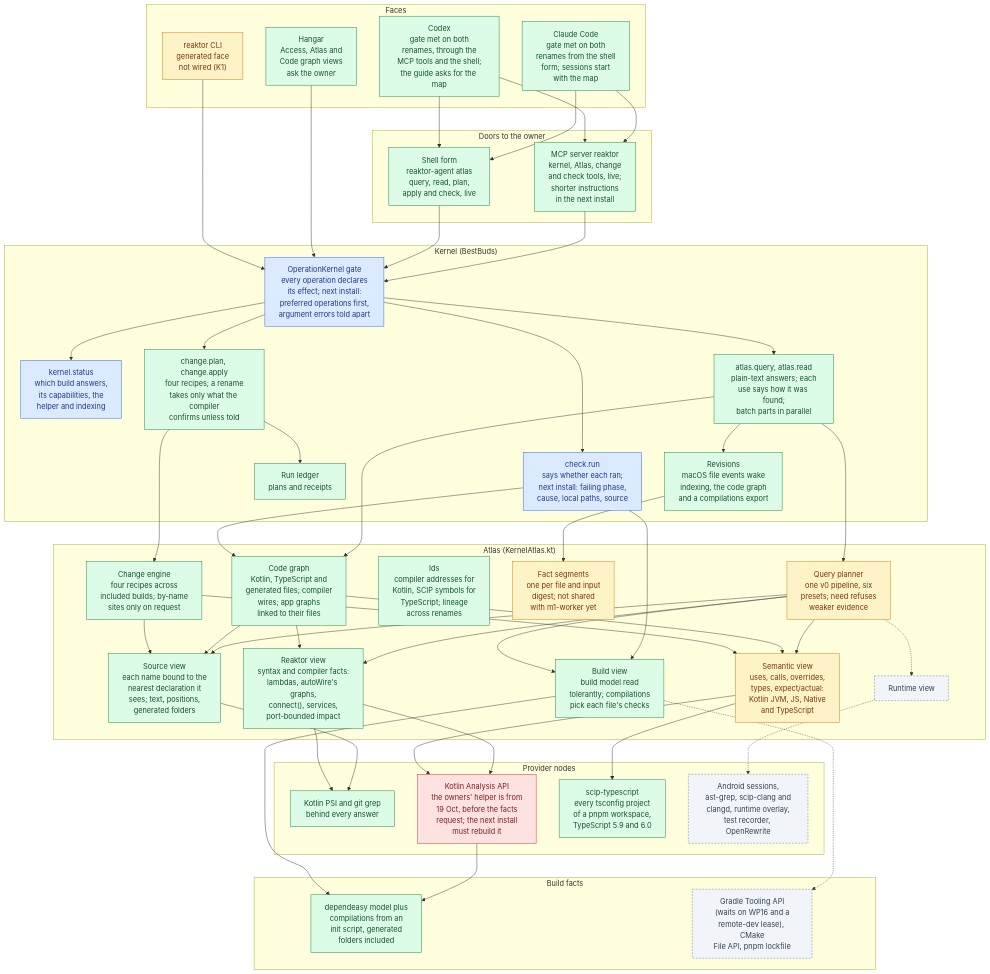
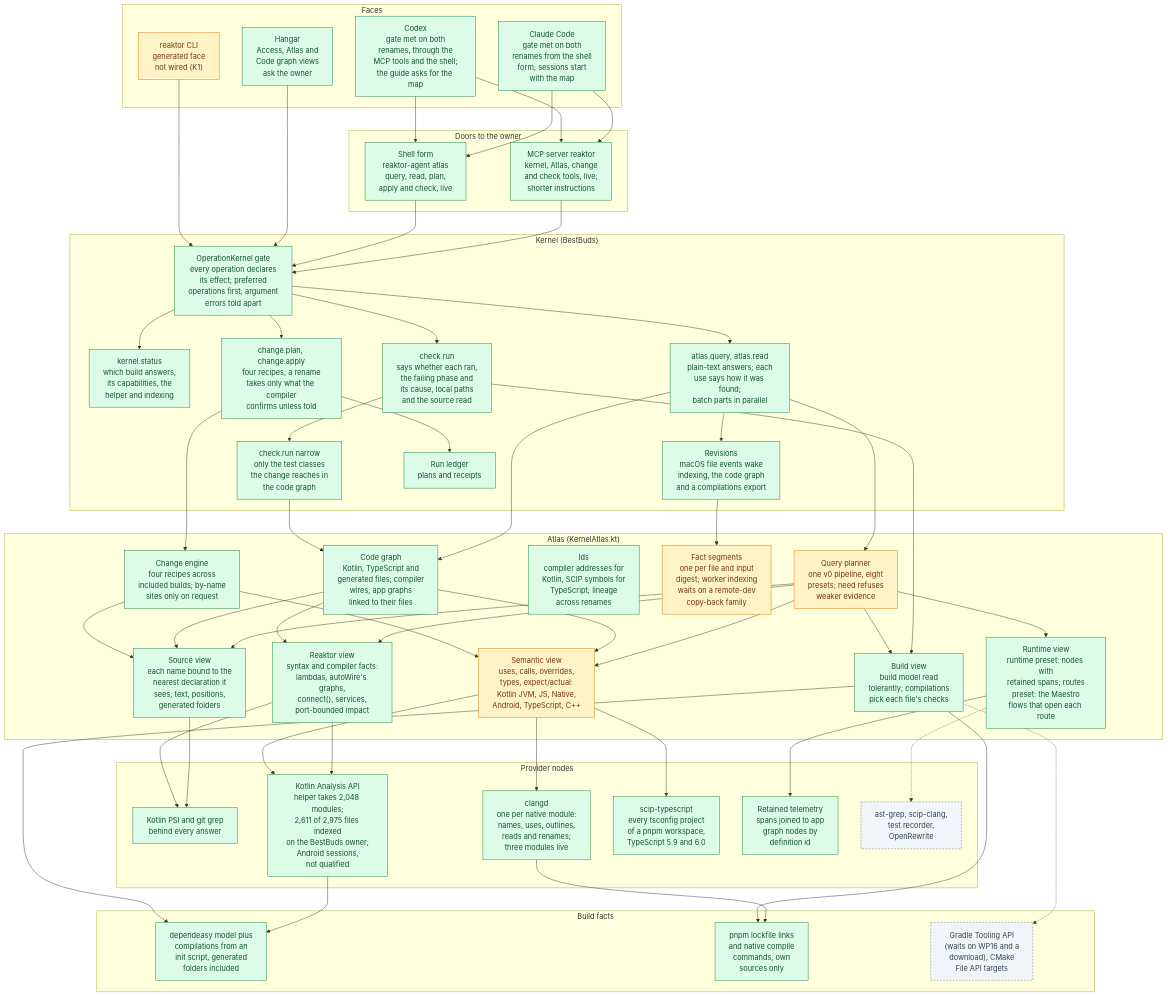
Before and after one commit to shibasis0801/reaktor: the first of 5 diagrams in plans/atlas-hld.md, drawn with Mermaid. The commit also changed other lines of this file, not shown here.

First line of the commit message:
Record the rest of the Atlas plan, its 12:59 install and the design review

````diff
--- a/plans/atlas-hld.md
+++ b/plans/atlas-hld.md
@@ -27,39 +27,43 @@
         cli["reaktor CLI<br/>generated face<br/>not wired (K1)"]
     end
     subgraph doors["Doors to the owner"]
-        mcp["MCP server reaktor<br/>kernel, Atlas, change<br/>and check tools, live;<br/>shorter instructions<br/>in the next install"]
+        mcp["MCP server reaktor<br/>kernel, Atlas, change<br/>and check tools, live;<br/>shorter instructions"]
         shell["Shell form<br/>reaktor-agent atlas<br/>query, read, plan,<br/>apply and check, live"]
     end
     subgraph kernelBox["Kernel (BestBuds)"]
-        gate["OperationKernel gate<br/>every operation declares<br/>its effect; next install:<br/>preferred operations first,<br/>argument errors told apart"]
+        gate["OperationKernel gate<br/>every operation declares<br/>its effect; preferred<br/>operations first; argument<br/>errors told apart"]
         status["kernel.status<br/>which build answers,<br/>its capabilities, the<br/>helper and indexing"]
         atlasOps["atlas.query, atlas.read<br/>plain-text answers; each<br/>use says how it was found;<br/>batch parts in parallel"]
         changeOps["change.plan, change.apply<br/>four recipes; a rename<br/>takes only what the compiler<br/>confirms unless told"]
-        checkRun["check.run<br/>says whether each ran;<br/>next install: failing phase,<br/>cause, local paths, source"]
+        checkRun["check.run<br/>says whether each ran,<br/>the failing phase and<br/>its cause, local paths<br/>and the source read"]
         ledger["Run ledger<br/>plans and receipts"]
         revisions["Revisions<br/>macOS file events wake<br/>indexing, the code graph<br/>and a compilations export"]
+        selection["check.run narrow<br/>only the test classes<br/>the change reaches in<br/>the code graph"]
     end
     subgraph atlasBox["Atlas (KernelAtlas.kt)"]
-        planner["Query planner<br/>one v0 pipeline, six<br/>presets; need refuses<br/>weaker evidence"]
+        planner["Query planner<br/>one v0 pipeline, eight<br/>presets; need refuses<br/>weaker evidence"]
         engine["Change engine<br/>four recipes across<br/>included builds; by-name<br/>sites only on request"]
         identity["Ids<br/>compiler addresses for<br/>Kotlin, SCIP symbols for<br/>TypeScript; lineage<br/>across renames"]
-        segments["Fact segments<br/>one per file and input<br/>digest; not shared<br/>with m1-worker yet"]
+        segments["Fact segments<br/>one per file and input<br/>digest; worker indexing<br/>waits on a remote-dev<br/>copy-back family"]
         sourceView["Source view<br/>each name bound to the<br/>nearest declaration it<br/>sees; text, positions,<br/>generated folders"]
-        semanticView["Semantic view<br/>uses, calls, overrides,<br/>types, expect/actual:<br/>Kotlin JVM, JS, Native<br/>and TypeScript"]
+        semanticView["Semantic view<br/>uses, calls, overrides,<br/>types, expect/actual:<br/>Kotlin JVM, JS, Native,<br/>Android, TypeScript, C++"]
         buildView["Build view<br/>build model read<br/>tolerantly; compilations<br/>pick each file's checks"]
         codeView["Code graph<br/>Kotlin, TypeScript and<br/>generated files; compiler<br/>wires; app graphs<br/>linked to their files"]
         reaktorView["Reaktor view<br/>syntax and compiler facts:<br/>lambdas, autoWire's graphs,<br/>connect(), services,<br/>port-bounded impact"]
-        laterViews["Runtime view"]
+        runtimeView["Runtime view<br/>runtime preset: nodes with<br/>retained spans; routes<br/>preset: the Maestro<br/>flows that open each route"]
     end
     subgraph providers["Provider nodes"]
         psi["Kotlin PSI and git grep<br/>behind every answer"]
-        kaa["Kotlin Analysis API<br/>the owners' helper is from<br/>19 Oct, before the facts<br/>request; the next install<br/>must rebuild it"]
+        kaa["Kotlin Analysis API<br/>helper takes 2,048 modules;<br/>2,611 of 2,975 files indexed<br/>on the BestBuds owner;<br/>Android sessions,<br/>not qualified"]
         ts["scip-typescript<br/>every tsconfig project<br/>of a pnpm workspace,<br/>TypeScript 5.9 and 6.0"]
-        laterProviders["Android sessions,<br/>ast-grep, scip-clang and<br/>clangd, runtime overlay,<br/>test recorder, OpenRewrite"]
+        clangd["clangd<br/>one per native module:<br/>names, uses, outlines,<br/>reads and renames;<br/>three modules live"]
+        telemetry["Retained telemetry<br/>spans joined to app<br/>graph nodes by<br/>definition id"]
+        laterProviders["ast-grep, scip-clang,<br/>test recorder,<br/>OpenRewrite"]
     end
     subgraph buildFacts["Build facts"]
         dep["dependeasy model plus<br/>compilations from an<br/>init script, generated<br/>folders included"]
-        laterBuild["Gradle Tooling API<br/>(waits on WP16 and a<br/>remote-dev lease), CMake<br/>File API, pnpm lockfile"]
+        pnpm["pnpm lockfile links<br/>and native compile<br/>commands, own<br/>sources only"]
+        laterBuild["Gradle Tooling API<br/>(waits on WP16 and a<br/>download), CMake<br/>File API targets"]
     end
     claude --> mcp
     claude --> shell
@@ -79,7 +83,8 @@
     atlasOps --> codeView
     changeOps --> engine
     checkRun --> buildView
-    checkRun --> codeView
+    checkRun --> selection
+    selection --> codeView
     revisions --> segments
     ledger ~~~ engine
     ledger ~~~ identity
@@ -88,7 +93,7 @@
     planner --> semanticView
     planner --> buildView
     planner --> reaktorView
-    planner -.-> laterViews
+    planner --> runtimeView
     codeView --> sourceView
     codeView --> semanticView
     codeView --> reaktorView
@@ -99,9 +104,13 @@
     reaktorView --> kaa
     semanticView --> kaa
     semanticView --> ts
+    semanticView --> clangd
     kaa --> dep
-    laterViews -.-> laterProviders
+    clangd --> pnpm
+    runtimeView --> telemetry
+    runtimeView -.-> laterProviders
     buildView --> dep
+    buildView --> pnpm
     buildView -.-> laterBuild
     psi ~~~ dep
     ts ~~~ laterBuild
@@ -110,9 +119,7 @@
     classDef partial fill:#FEF3C7,stroke:#D97706,color:#78350F
     classDef problem fill:#FEE2E2,stroke:#DC2626,color:#7F1D1D
     classDef later fill:#F1F5F9,stroke:#64748B,color:#334155,stroke-dasharray: 4 3
-    class claude,codex,hangar,mcp,shell,atlasOps,changeOps,ledger,revisions,engine,identity,sourceView,buildView,codeView,reaktorView,psi,ts,dep live
-    class gate,status,checkRun ready
+    class claude,codex,hangar,mcp,shell,gate,status,atlasOps,changeOps,checkRun,ledger,revisions,engine,identity,sourceView,buildView,codeView,reaktorView,psi,ts,dep,selection,runtimeView,kaa,clangd,telemetry,pnpm live
     class cli,planner,segments,semanticView partial
-    class kaa problem
-    class laterViews,laterProviders,laterBuild later
+    class laterProviders,laterBuild later
 ```
````
